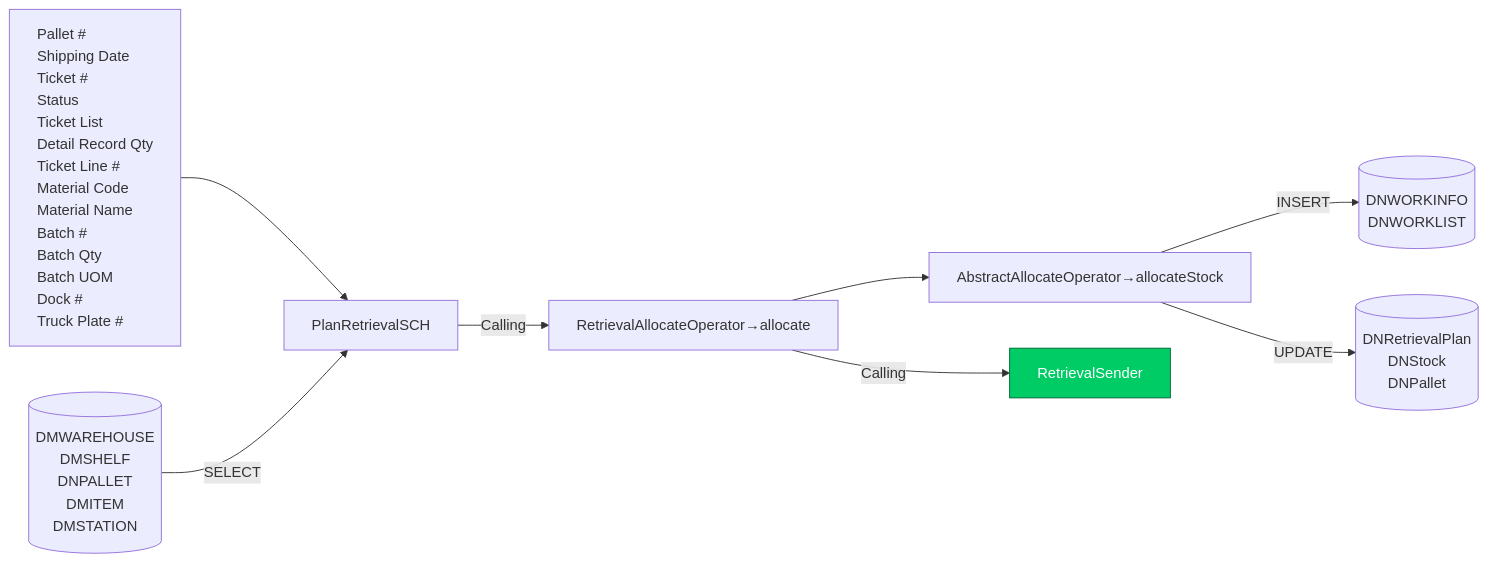
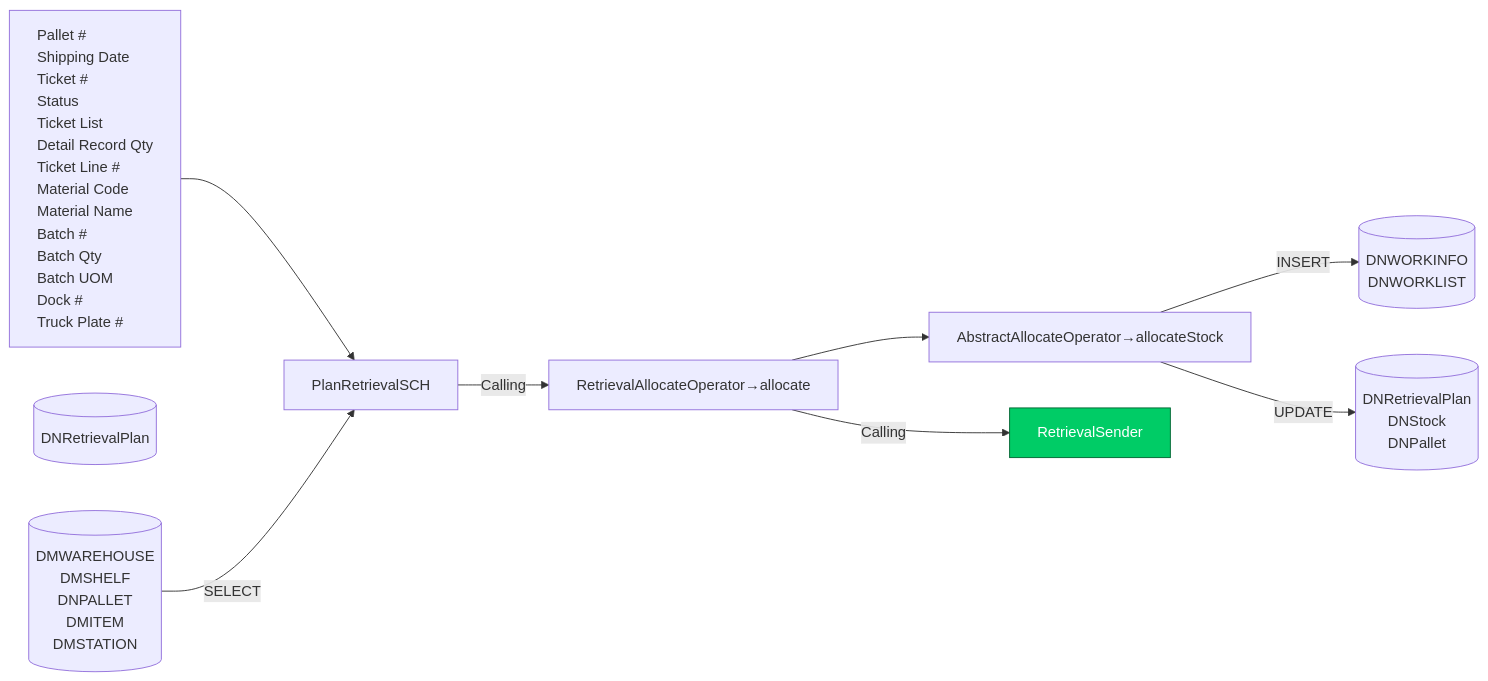
One commit to luthfiadityaa/SimeDarby-Wiki changed the third of 11 diagrams in Basic-Design/DFD-WMS/Retrieval/Planned-Retrieval-to-HP-Area.md. Above: the diagram before and after it, drawn with Mermaid.

Commit message:
Updated Planned Retrieval to HP Area

```diff
--- a/Basic-Design/DFD-WMS/Retrieval/Planned-Retrieval-to-HP-Area.md
+++ b/Basic-Design/DFD-WMS/Retrieval/Planned-Retrieval-to-HP-Area.md
@@ -116,52 +116,56 @@
 ::: mermaid
 flowchart LR
     input[
         Pallet #
         Shipping Date
         Ticket #
         Status
         Ticket List
         Detail Record Qty
         Ticket Line #
         Material Code
         Material Name
         Batch #
         Batch Qty
         Batch UOM
         Dock #
         Truck Plate #    
     ]
 
     tableList-insert[("
         DNWORKINFO
         DNWORKLIST
     ")]
 
     tableList-update[("
         DNRetrievalPlan
         DNStock
         DNPallet
     ")]
 
+    tableList-update2[("
+        DNRetrievalPlan
+    ")]
+
      tableList-select[("
         DMWAREHOUSE
         DMSHELF
         DNPALLET
         DMITEM
         DMSTATION
     ")]
 
     className[PlanRetrievalSCH]
     className--> |Calling| methodName[RetrievalAllocateOperator→allocate] 
     methodName-->methodName2[AbstractAllocateOperator→allocateStock]--> |INSERT| tableList-insert
     input --> className
     tableList-select --> |SELECT| className
     methodName--> |Calling| P1[RetrievalSender]
     methodName2--> |UPDATE| tableList-update
 
     click P1 "https://dev.azure.com/Daifuku-SW/ID_SimeDarbyPlantation/_wiki/wikis/ID_SimeDarbyPlantation.wiki/956/Stacked-Empty-Pallet?anchor=retrieval-sender" "Go to Retrieval Retrieval Sender"
     style P1 fill:#00cc66,stroke:#006633,color:#ffffff
 
     classDef leftAlign text-align:left;
     class input leftAlign;
 :::
```
